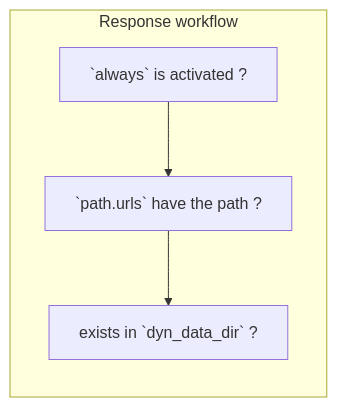
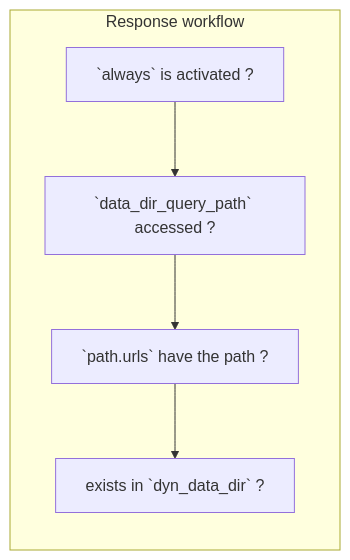
Before and after one commit to nabbisen/apimock-rs: the second of 2 diagrams in README.md, drawn with Mermaid. The commit also changed other lines of this file and 6 other files, not shown here.

````diff
--- a/README.md
+++ b/README.md
@@ -169,8 +176,9 @@
 ```mermaid
 graph
     subgraph Response workflow
         direction TB
-        A[`always` is activated ?] --> B[`path.urls` have the path ?]
-        B --> C[exists in `dyn_data_dir` ?]
+        A[`always` is activated ?] --> B[`data_dir_query_path` accessed ?]
+        B --> C[`path.urls` have the path ?]
+        C --> D[exists in `dyn_data_dir` ?]
     end
 ```
````
